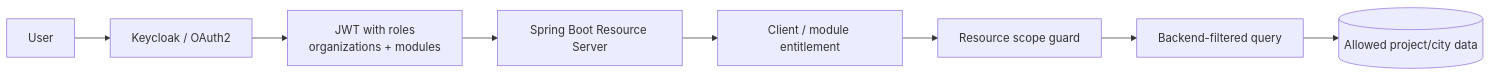
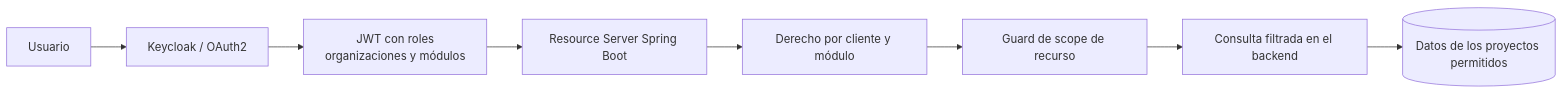
Before and after one commit to rabiiie/rsamadi-portfolio: the second of 3 diagrams in architecture/appfibra-architecture.md, drawn with Mermaid. The commit also changed other lines of this file and 8 other files, not shown here.

````diff
--- a/architecture/appfibra-architecture.md
+++ b/architecture/appfibra-architecture.md
@@ -46,10 +46,10 @@
 ```mermaid
 flowchart LR
-    User["User"] --> IdP["Keycloak / OAuth2"]
-    IdP --> JWT["JWT with roles<br/>organizations + modules"]
-    JWT --> API["Spring Boot Resource Server"]
-    API --> Entitlement["Client / module entitlement"]
-    Entitlement --> Scope["Resource scope guard"]
-    Scope --> Query["Backend-filtered query"]
-    Query --> Data[("Allowed project/city data")]
+    User["Usuario"] --> IdP["Keycloak / OAuth2"]
+    IdP --> JWT["JWT con roles<br/>organizaciones y módulos"]
+    JWT --> API["Resource Server Spring Boot"]
+    API --> Entitlement["Derecho por cliente y módulo"]
+    Entitlement --> Scope["Guard de scope de recurso"]
+    Scope --> Query["Consulta filtrada en el backend"]
+    Query --> Data[("Datos de los proyectos permitidos")]
 ```
````
